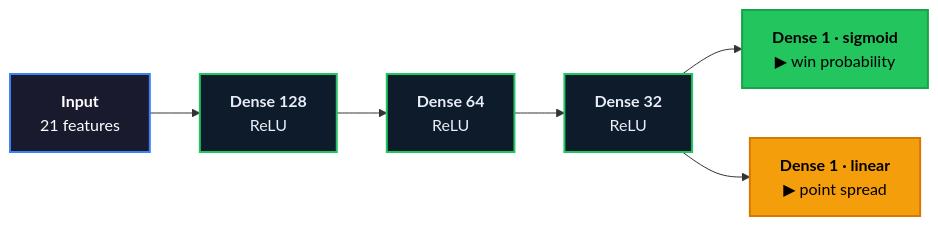
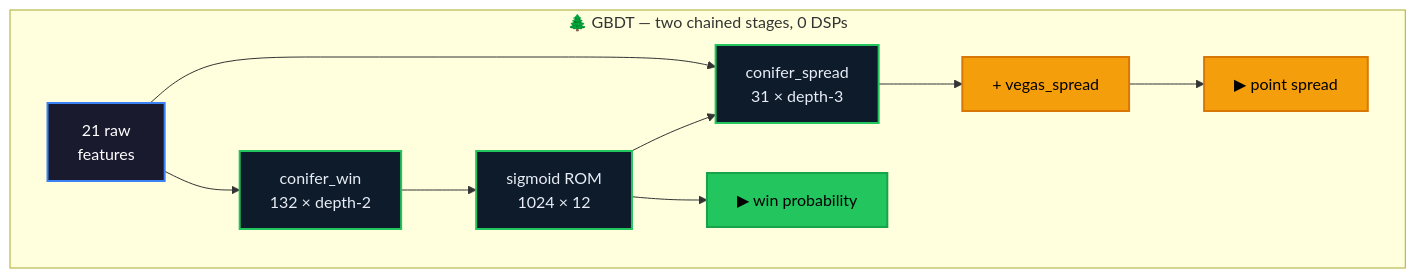
One commit to Kanishk234/nfl-fpga-accelerator changed the third of 3 diagrams in README.md. Above: the diagram before and after it, drawn with Mermaid. The commit also changed other lines of this file and 2 other files, not shown here.

````diff
--- a/README.md
+++ b/README.md
@@ -153,18 +184,17 @@
 ```mermaid
 flowchart LR
-    IN["<b>Input</b><br/>21 features"]:::io
-    H1["<b>Dense 128</b><br/>ReLU"]:::hid
-    H2["<b>Dense 64</b><br/>ReLU"]:::hid
-    H3["<b>Dense 32</b><br/>ReLU"]:::hid
-    W["<b>Dense 1 · sigmoid</b><br/>▶ win probability"]:::win
-    S["<b>Dense 1 · linear</b><br/>▶ point spread"]:::spread
-
-    IN --> H1 --> H2 --> H3
-    H3 --> W
-    H3 --> S
-
+    subgraph GBDT["🌲 GBDT — two chained stages, 0 DSPs"]
+        direction LR
+        GI["21 raw<br/>features"]:::io --> W1["conifer_win<br/>132 × depth-2"]:::hid
+        W1 --> SIG["sigmoid ROM<br/>1024 × 12"]:::hid
+        SIG --> W2["conifer_spread<br/>31 × depth-3"]:::hid
+        GI --> W2
+        W2 --> ADD["+ vegas_spread"]:::spread
+        SIG --> GW["▶ win probability"]:::win
+        ADD --> GS["▶ point spread"]:::spread
+    end
     classDef io fill:#1a1a2e,color:#fff,stroke:#3b82f6,stroke-width:2px
     classDef hid fill:#0d1b2a,color:#e8edf7,stroke:#22c55e,stroke-width:2px
     classDef win fill:#22c55e,color:#000,stroke:#16a34a,stroke-width:2px
     classDef spread fill:#f59e0b,color:#000,stroke:#d97706,stroke-width:2px
 ```
````
